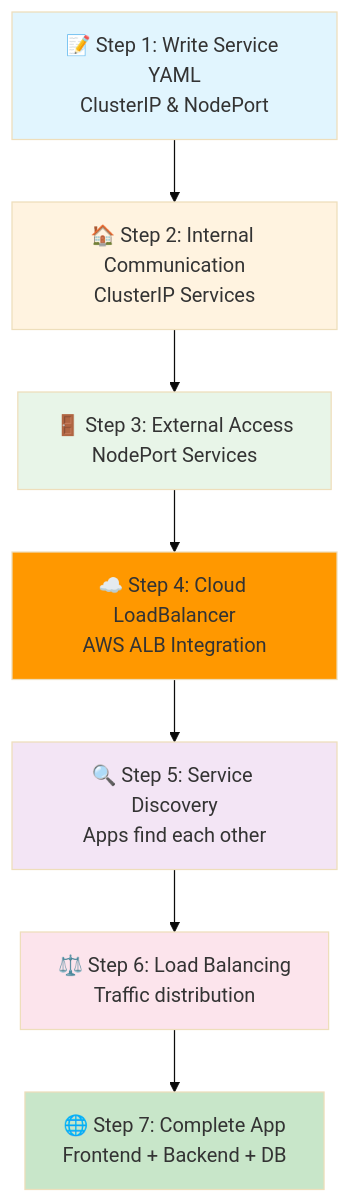
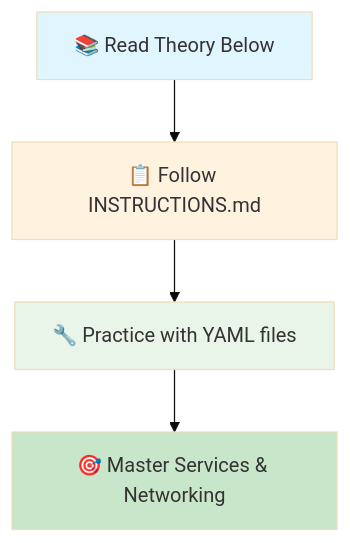
One commit to manikcloud/cloud-devops-learning-path changed the first of 6 diagrams in Section-2-DevOps/Session-7_Kubernetes/04-services-networking/README.md. Above: the diagram before and after it, drawn with Mermaid (base theme). The commit also changed other lines of this file and 2 other files, not shown here.

First line of the commit message:
Restructure services guide: separate YAML files + comprehensive instructions

````diff
--- a/Section-2-DevOps/Session-7_Kubernetes/04-services-networking/README.md
+++ b/Section-2-DevOps/Session-7_Kubernetes/04-services-networking/README.md
@@ -29,17 +34,11 @@
 ```mermaid
 graph TD
-    A[📝 Step 1: Write Service YAML<br/>ClusterIP & NodePort] --> B[🏠 Step 2: Internal Communication<br/>ClusterIP Services]
-    B --> C[🚪 Step 3: External Access<br/>NodePort Services]
-    C --> D[☁️ Step 4: Cloud LoadBalancer<br/>AWS ALB Integration]
-    D --> E[🔍 Step 5: Service Discovery<br/>Apps find each other]
-    E --> F[⚖️ Step 6: Load Balancing<br/>Traffic distribution]
-    F --> G[🌐 Step 7: Complete App<br/>Frontend + Backend + DB]
+    A[📚 Read Theory Below] --> B[📋 Follow INSTRUCTIONS.md]
+    B --> C[🔧 Practice with YAML files]
+    C --> D[🎯 Master Services & Networking]
     
     style A fill:#e1f5fe
     style B fill:#fff3e0
     style C fill:#e8f5e8
-    style D fill:#ff9800
-    style E fill:#f3e5f5
-    style F fill:#fce4ec
-    style G fill:#c8e6c9
+    style D fill:#c8e6c9
 ```
````
